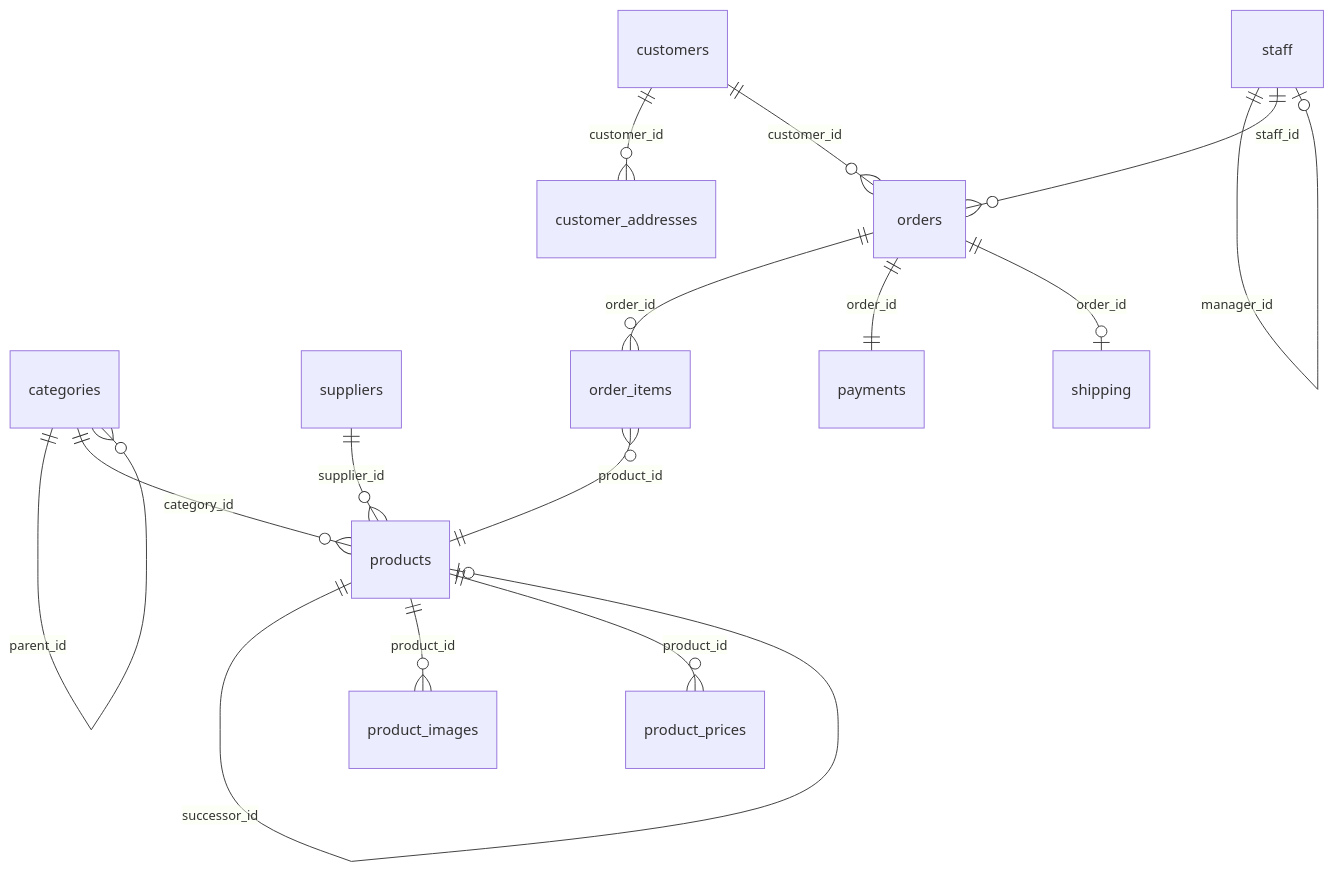
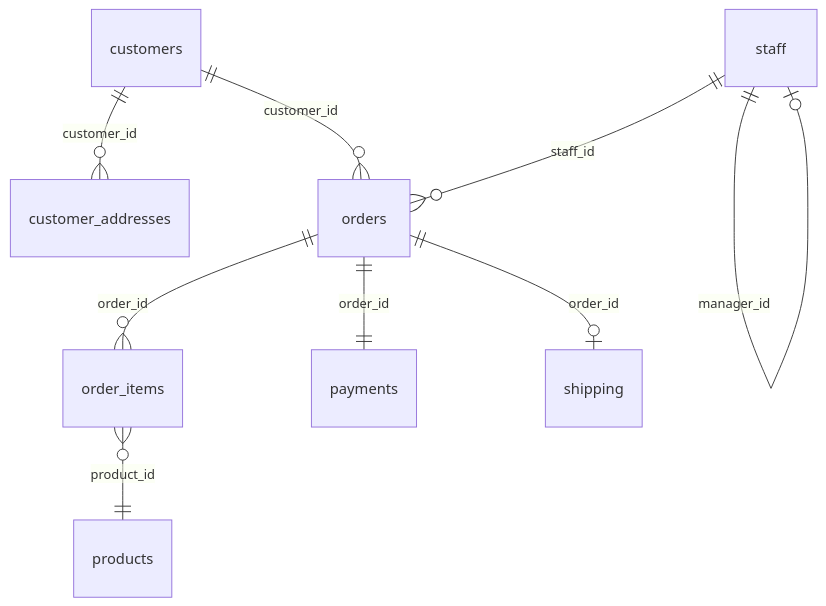
The first of 12 diagrams in docs/en/schema/index.md (civilian7/sql-tutorial), drawn with Mermaid before and after one commit. The commit also changed other lines of this file and 121 other files, not shown here.

````diff
--- a/docs/en/schema/index.md
+++ b/docs/en/schema/index.md
@@ -14,17 +13,11 @@
 ```mermaid
 erDiagram
-    categories ||--o{ categories : "parent_id"
-    categories ||--o{ products : "category_id"
-    suppliers ||--o{ products : "supplier_id"
-    products ||--o| products : "successor_id"
-    products ||--o{ product_images : "product_id"
-    products ||--o{ product_prices : "product_id"
     customers ||--o{ customer_addresses : "customer_id"
     customers ||--o{ orders : "customer_id"
-    staff ||--o| staff : "manager_id"
-    staff ||--o{ orders : "staff_id"
     orders ||--o{ order_items : "order_id"
     order_items }o--|| products : "product_id"
     orders ||--|| payments : "order_id"
     orders ||--o| shipping : "order_id"
+    staff ||--o{ orders : "staff_id"
+    staff ||--o| staff : "manager_id"
 ```
````
